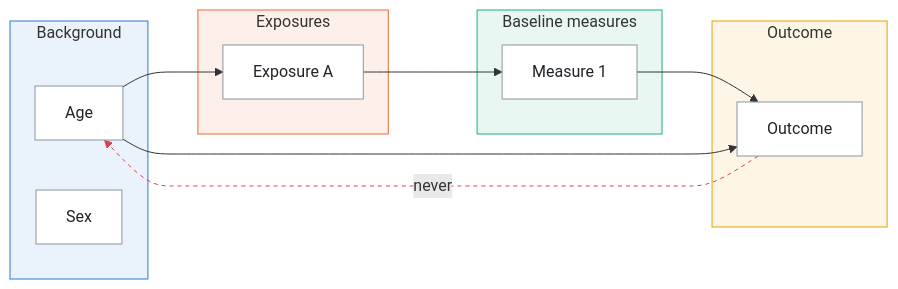
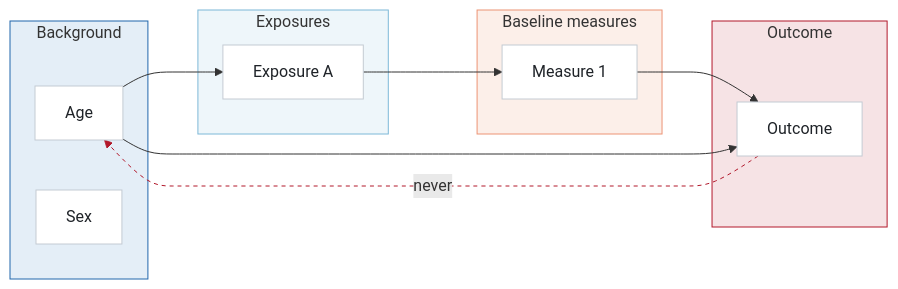
The diagram in docs/guide/layers.md (umcu/layerbn), drawn with Mermaid before and after one commit. The commit also changed 29 other files, not shown here.

````diff
--- a/docs/guide/layers.md
+++ b/docs/guide/layers.md
@@ -9,28 +9,28 @@
 ```mermaid
 flowchart LR
     subgraph L1["Background"]
         AGE["Age"]
         SEX["Sex"]
     end
     subgraph L2["Exposures"]
         EA["Exposure A"]
     end
     subgraph L3["Baseline measures"]
         M1["Measure 1"]
     end
     subgraph L4["Outcome"]
         O["Outcome"]
     end
     AGE --> EA
     EA --> M1
     M1 --> O
     AGE --> O
     O -. "never" .-> AGE
-    linkStyle 4 stroke:#d64545,stroke-dasharray:4
-    style L1 fill:#eaf2fb,stroke:#2a78d6
-    style L2 fill:#fdf0eb,stroke:#eb6834
-    style L3 fill:#e8f7f1,stroke:#1baf7a
-    style L4 fill:#fdf6e6,stroke:#eda100
-    classDef node fill:#ffffff,stroke:#8c959f,color:#1f2328
+    linkStyle 4 stroke:#b2182b,stroke-dasharray:4
+    style L1 fill:#e4eef7,stroke:#2166ac
+    style L2 fill:#eef6fa,stroke:#7db8d7
+    style L3 fill:#fcefe9,stroke:#ec9374
+    style L4 fill:#f6e3e5,stroke:#b2182b
+    classDef node fill:#ffffff,stroke:#c4cbd3,color:#1f2328
     class AGE,SEX,EA,M1,O node
 ```
````
